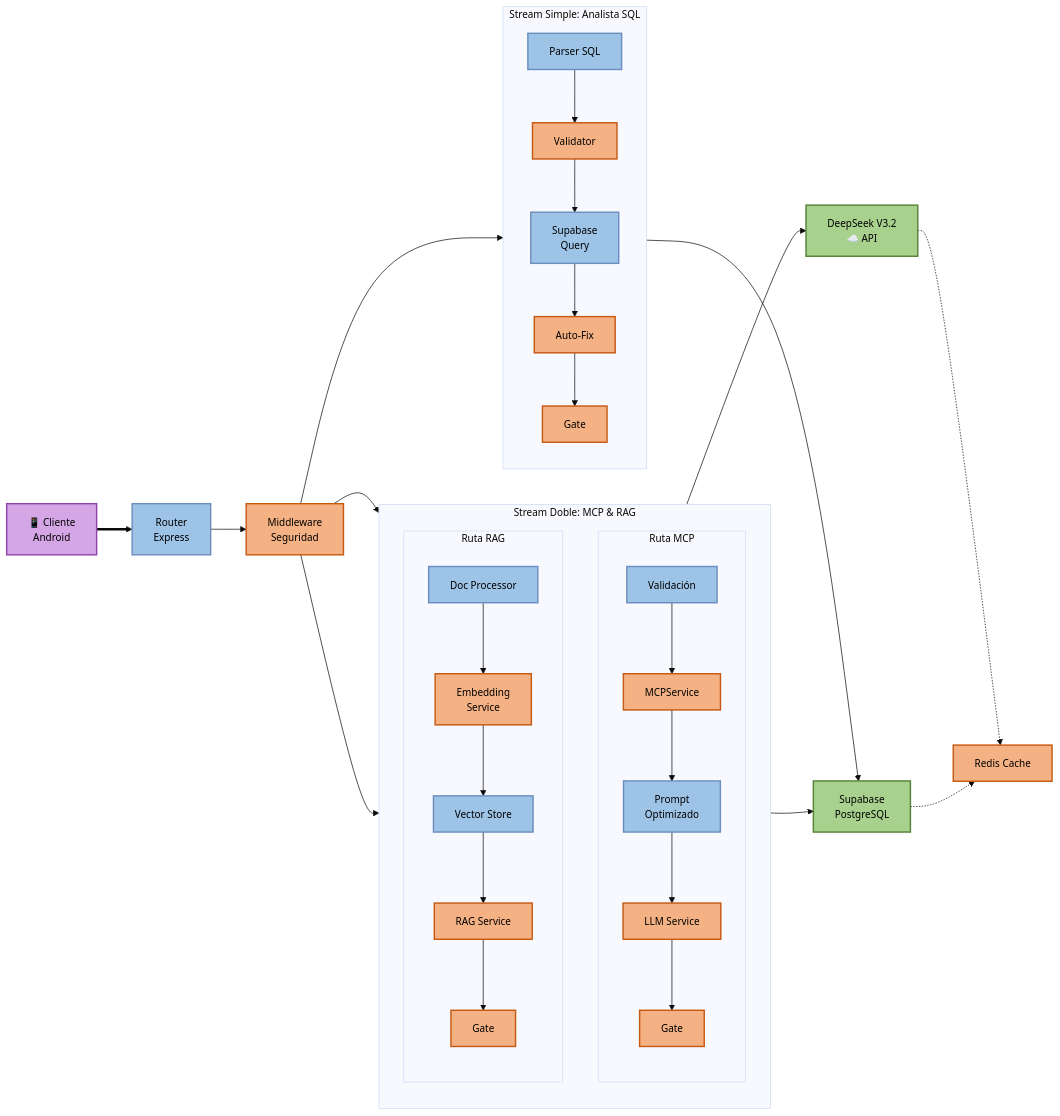
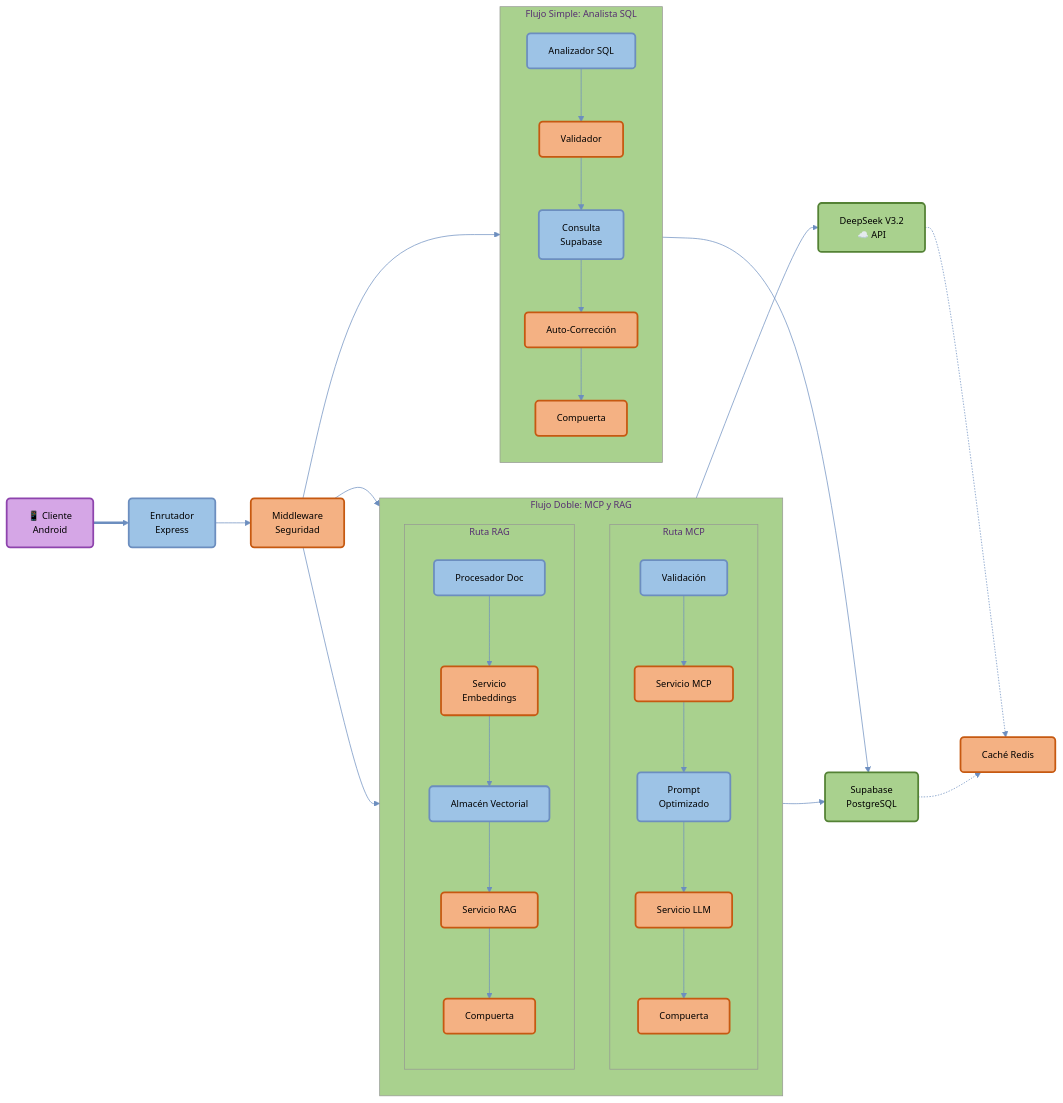
Before and after one commit to Jesuh02/ProjectCourseV1: the second of 2 diagrams in README.md, drawn with Mermaid. The commit also changed other lines of this file, not shown here.

````diff
--- a/README.md
+++ b/README.md
@@ -146,71 +146,71 @@
 ```mermaid
-%%{init: {'theme': 'base', 'themeVariables': { 'fontSize': '14px'}}}%%
+%%{init: {'theme': 'base', 'themeVariables': { 'background': '#ffffff', 'primaryColor': '#9dc3e6', 'primaryTextColor': '#000', 'primaryBorderColor': '#6c8ebf', 'lineColor': '#6c8ebf', 'secondaryColor': '#f4b183', 'tertiaryColor': '#a9d18e', 'fontSize': '13px'}}}%%
 flowchart LR
-    %% Estilos
-    classDef blue fill:#9dc3e6,stroke:#6c8ebf,color:#000,stroke-width:2px
-    classDef orange fill:#f4b183,stroke:#c65911,color:#000,stroke-width:2px
-    classDef green fill:#a9d18e,stroke:#548235,color:#000,stroke-width:2px
-    classDef purple fill:#d5a6e6,stroke:#8e44ad,color:#000,stroke-width:2px
+    %% Estilos con fondo claro
+    classDef blue fill:#9dc3e6,stroke:#6c8ebf,color:#000,stroke-width:2.5px,rx:5,ry:5
+    classDef orange fill:#f4b183,stroke:#c65911,color:#000,stroke-width:2.5px,rx:5,ry:5
+    classDef green fill:#a9d18e,stroke:#548235,color:#000,stroke-width:2.5px,rx:5,ry:5
+    classDef purple fill:#d5a6e6,stroke:#8e44ad,color:#000,stroke-width:2.5px,rx:5,ry:5
 
     %% ENTRADA DEL CLIENTE
     Client[📱 Cliente<br/>Android]:::purple
     
     %% CAPA DE ENTRADA
-    Router[Router<br/>Express]:::blue
+    Router[Enrutador<br/>Express]:::blue
     Middleware[Middleware<br/>Seguridad]:::orange
 
     %% STREAM DOBLE: MCP + RAG
-    subgraph DoubleStream [" Stream Doble: MCP & RAG "]
+    subgraph DoubleStream [" Flujo Doble: MCP y RAG "]
         direction TB
         
         subgraph MCPPath [Ruta MCP]
             direction TB
             MCP1[Validación]:::blue
-            MCP2[MCPService]:::orange
+            MCP2[Servicio MCP]:::orange
             MCP3[Prompt<br/>Optimizado]:::blue
-            MCP4[LLM Service]:::orange
-            MCP5[Gate]:::orange
+            MCP4[Servicio LLM]:::orange
+            MCP5[Compuerta]:::orange
             MCP1 --> MCP2 --> MCP3 --> MCP4 --> MCP5
         end
 
         subgraph RAGPath [Ruta RAG]
             direction TB
-            RAG1[Doc Processor]:::blue
-            RAG2[Embedding<br/>Service]:::orange
-            RAG3[Vector Store]:::blue
-            RAG4[RAG Service]:::orange
-            RAG5[Gate]:::orange
+            RAG1[Procesador Doc]:::blue
+            RAG2[Servicio<br/>Embeddings]:::orange
+            RAG3[Almacén Vectorial]:::blue
+            RAG4[Servicio RAG]:::orange
+            RAG5[Compuerta]:::orange
             RAG1 --> RAG2 --> RAG3 --> RAG4 --> RAG5
         end
     end
 
     %% STREAM SIMPLE: BI/SQL
-    subgraph SingleStream [" Stream Simple: Analista SQL "]
+    subgraph SingleStream [" Flujo Simple: Analista SQL "]
         direction TB
-        SQL1[Parser SQL]:::blue
-        SQL2[Validator]:::orange
-        SQL3[Supabase<br/>Query]:::blue
-        SQL4[Auto-Fix]:::orange
-        SQL5[Gate]:::orange
+        SQL1[Analizador SQL]:::blue
+        SQL2[Validador]:::orange
+        SQL3[Consulta<br/>Supabase]:::blue
+        SQL4[Auto-Corrección]:::orange
+        SQL5[Compuerta]:::orange
         SQL1 --> SQL2 --> SQL3 --> SQL4 --> SQL5
     end
 
     %% CAPA DE SALIDA
     Deep[DeepSeek V3.2<br/>☁️ API]:::green
     Supa[Supabase<br/>PostgreSQL]:::green
-    Cache[Redis Cache]:::orange
+    Cache[Caché Redis]:::orange
 
     %% CONEXIONES
     Client ==> Router
     Router --> Middleware
     Middleware --> MCP1
     Middleware --> RAG1
     Middleware --> SQL1
 
     MCP5 --> Deep
     RAG5 --> Supa
     SQL5 --> Supa
     
     Deep -.-> Cache
     Supa -.-> Cache
 ```
````
